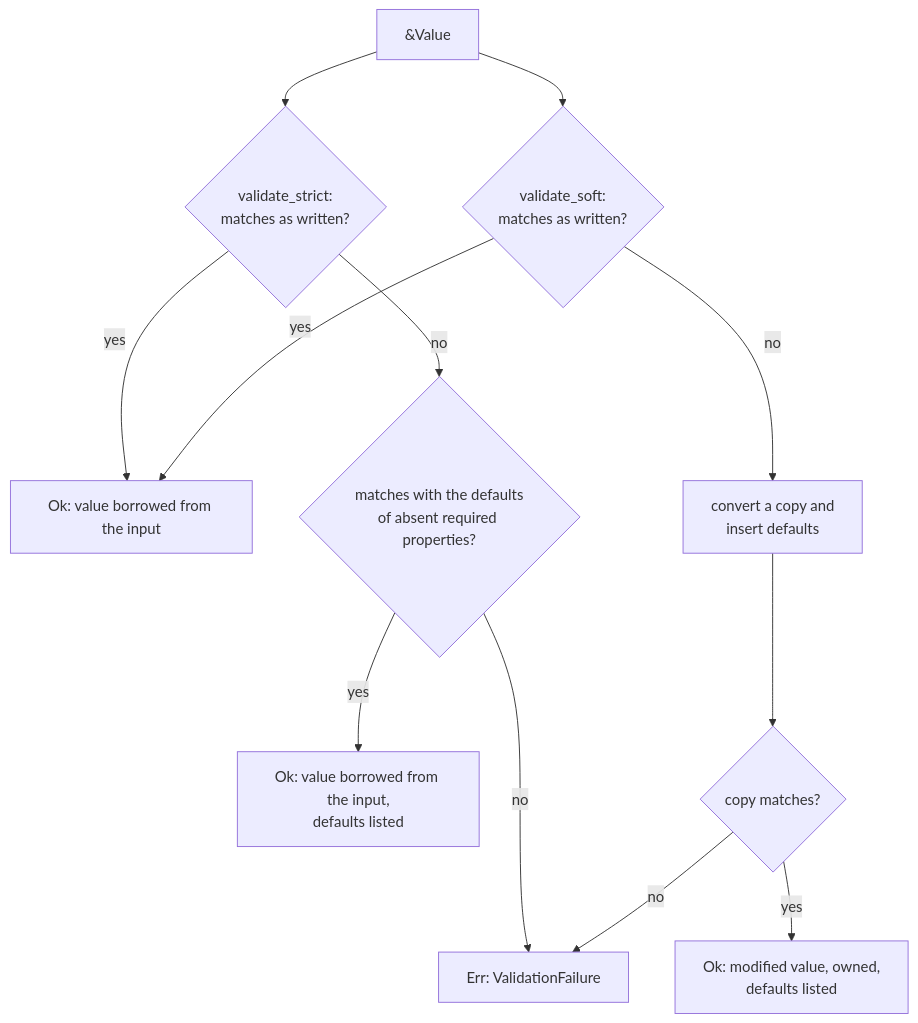
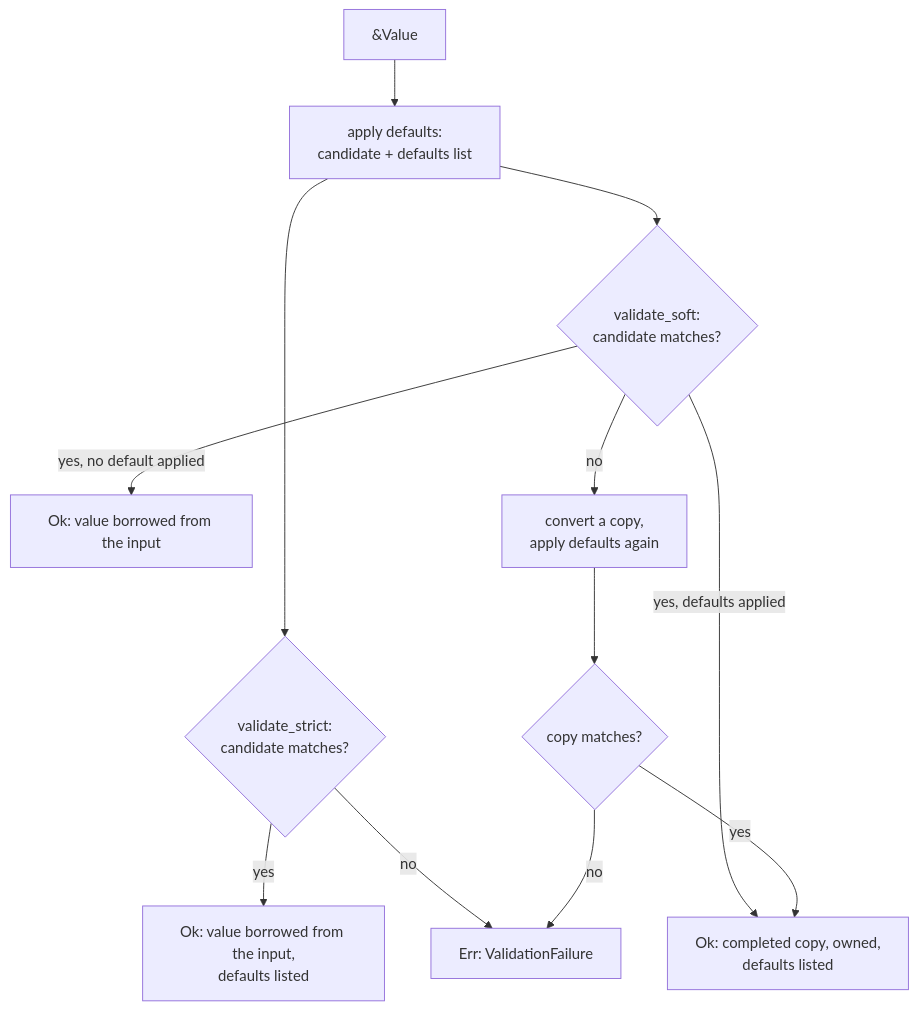
The second of 2 diagrams in simplified-schema/docs/topics/validation.md (yankeeinlondon/rusty-biscuit), drawn with Mermaid before and after one commit. The commit also changed other lines of this file and 59 other files, not shown here.

````diff
--- a/simplified-schema/docs/topics/validation.md
+++ b/simplified-schema/docs/topics/validation.md
@@ -76,14 +81,14 @@
 ```mermaid
 flowchart TD
-    input["&Value"] --> strict{"validate_strict:<br/>matches as written?"}
-    strict -- yes --> borrowed["Ok: value borrowed from the input"]
-    strict -- no --> completed{"matches with the defaults<br/>of absent required properties?"}
-    completed -- yes --> withdefaults["Ok: value borrowed from the input,<br/>defaults listed"]
-    completed -- no --> failure["Err: ValidationFailure"]
-    input --> soft{"validate_soft:<br/>matches as written?"}
-    soft -- yes --> borrowed
-    soft -- no --> convert["convert a copy and<br/>insert defaults"]
+    input["&Value"] --> fill["apply defaults:<br/>candidate + defaults list"]
+    fill --> strict{"validate_strict:<br/>candidate matches?"}
+    strict -- yes --> borrowed["Ok: value borrowed from the input,<br/>defaults listed"]
+    strict -- no --> failure["Err: ValidationFailure"]
+    fill --> soft{"validate_soft:<br/>candidate matches?"}
+    soft -- "yes, no default applied" --> borrowed2["Ok: value borrowed from the input"]
+    soft -- "yes, defaults applied" --> owned["Ok: completed copy, owned,<br/>defaults listed"]
+    soft -- no --> convert["convert a copy,<br/>apply defaults again"]
     convert --> judged{"copy matches?"}
-    judged -- yes --> owned["Ok: modified value, owned,<br/>defaults listed"]
+    judged -- yes --> owned
     judged -- no --> failure
 ```
````
